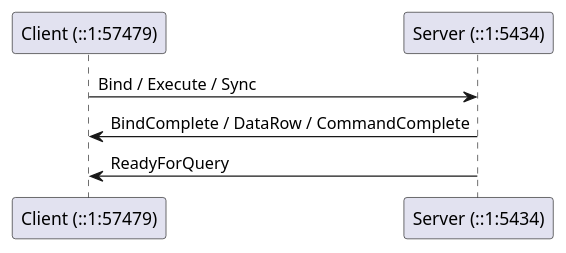
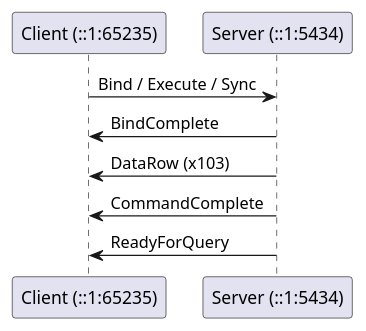
The fourth of 4 diagrams in docs/examples/exports/pagila-05-extended-query-named-prepared-statement/capture.plantuml.seq.md (xfischer/pg_protoexport), drawn with PlantUML before and after one commit. The commit also changed other lines of this file and 135 other files, not shown here.

````diff
--- a/docs/examples/exports/pagila-05-extended-query-named-prepared-statement/capture.plantuml.seq.md
+++ b/docs/examples/exports/pagila-05-extended-query-named-prepared-statement/capture.plantuml.seq.md
@@ -32,9 +36,11 @@
 ```plantuml
 @startuml
-participant "Client (::1:57479)" as C
+participant "Client (::1:65235)" as C
 participant "Server (::1:5434)" as S
 C -> S : Bind / Execute / Sync
-S -> C : BindComplete / DataRow / CommandComplete
+S -> C : BindComplete
+S -> C : DataRow (x103)
+S -> C : CommandComplete
 S -> C : ReadyForQuery
 @enduml
 ```
````
